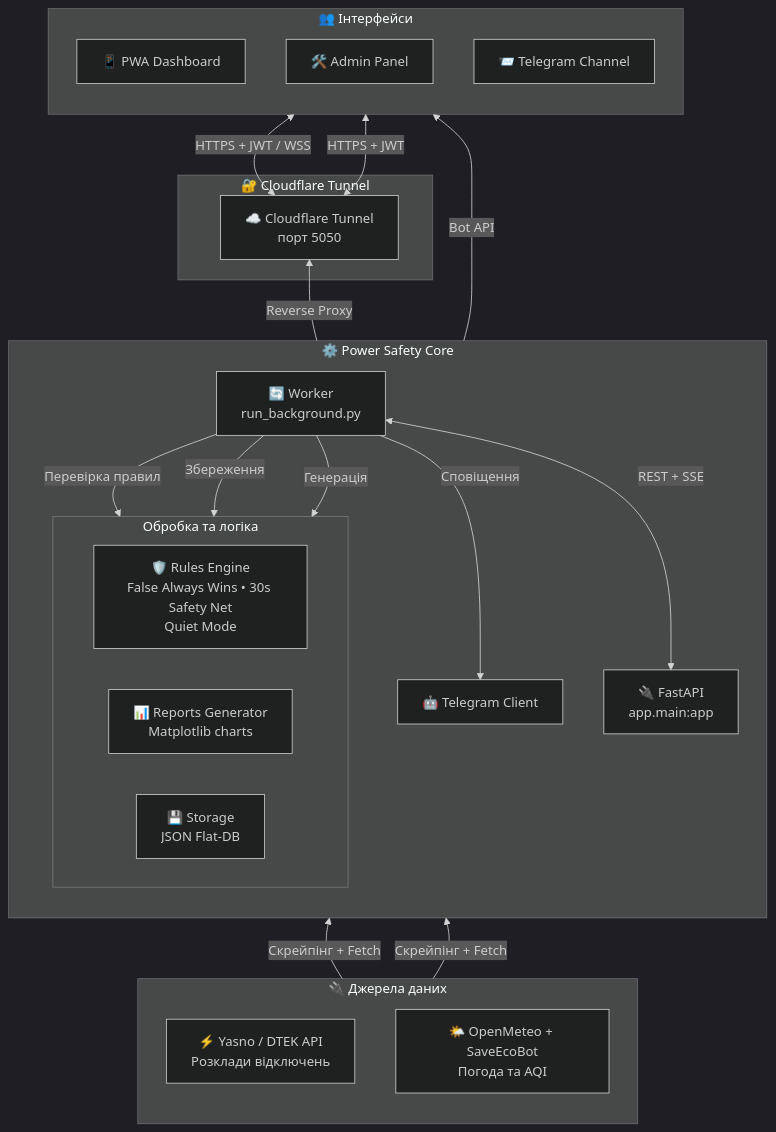
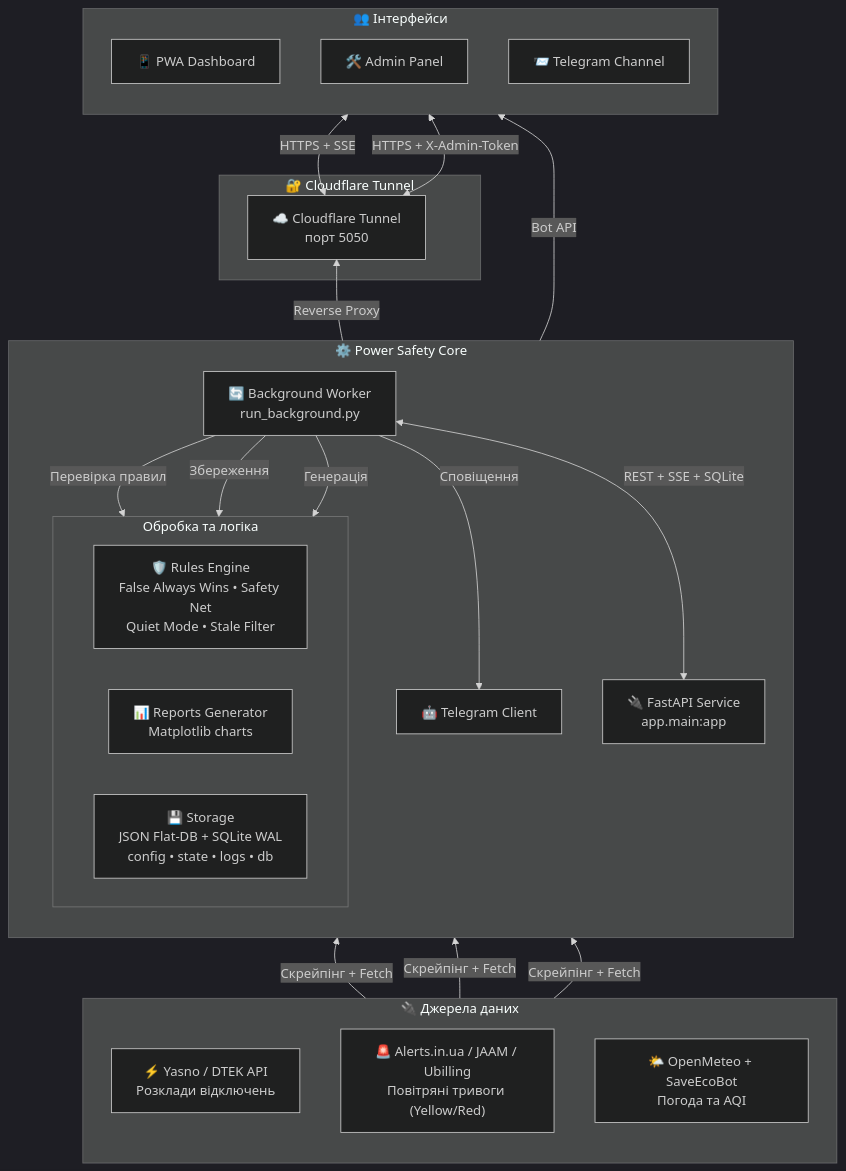
Before and after one commit to weby-homelab/Power-Safety-UA: the diagram in docs_site/architecture.md, drawn with Mermaid (dark theme). The commit also changed other lines of this file and 20 other files, not shown here.

````diff
--- a/docs_site/architecture.md
+++ b/docs_site/architecture.md
@@ -5,43 +5,44 @@
 ```mermaid
 flowchart BT
     subgraph External["🔌 Джерела даних"]
         direction TB
         Energy["⚡ Yasno / DTEK API<br>Розклади відключень"]
+        Alerts["🚨 Alerts.in.ua / JAAM / Ubilling<br>Повітряні тривоги (Yellow/Red)"]
         Meteo["🌤️ OpenMeteo + SaveEcoBot<br>Погода та AQI"]
     end
 
     subgraph Core["⚙️ Power Safety Core"]
         direction TB
-        Worker["🔄 Worker<br>run_background.py"]
+        Worker["🔄 Background Worker<br>run_background.py"]
         subgraph Processing["Обробка та логіка"]
             direction LR
-            Rules["🛡️ Rules Engine<br>False Always Wins • 30s Safety Net<br>Quiet Mode"]
+            Rules["🛡️ Rules Engine<br>False Always Wins • Safety Net<br>Quiet Mode • Stale Filter"]
             Reports["📊 Reports Generator<br>Matplotlib charts"]
-            Storage["💾 Storage<br>JSON Flat-DB"]
+            Storage["💾 Storage<br>JSON Flat-DB + SQLite WAL<br>config • state • logs • db"]
         end
-        API["🔌 FastAPI<br>app.main:app"]
+        API["🔌 FastAPI Service<br>app.main:app"]
         TgClient["🤖 Telegram Client"]
     end
 
     subgraph Gateway["🔐 Cloudflare Tunnel"]
         CF["☁️ Cloudflare Tunnel<br>порт 5050"]
     end
 
     subgraph Clients["👥 Інтерфейси"]
         direction TB
         PWA["📱 PWA Dashboard"]
         Admin["🛠️ Admin Panel"]
         Telegram["📨 Telegram Channel"]
     end
 
-    Energy & Meteo -->|Скрейпінг + Fetch| Worker
+    Energy & Alerts & Meteo -->|Скрейпінг + Fetch| Worker
     Worker -->|Перевірка правил| Rules
     Worker -->|Збереження| Storage
     Worker -->|Генерація| Reports
     Worker -->|Сповіщення| TgClient
-    Worker <-->|REST + SSE| API
+    Worker <-->|REST + SSE + SQLite| API
     API -->|Reverse Proxy| CF
-    CF <-->|HTTPS + JWT / WSS| PWA
-    CF <-->|HTTPS + JWT| Admin
+    CF <-->|HTTPS + SSE| PWA
+    CF <-->|HTTPS + X-Admin-Token| Admin
     TgClient -->|Bot API| Telegram
 ```
````
